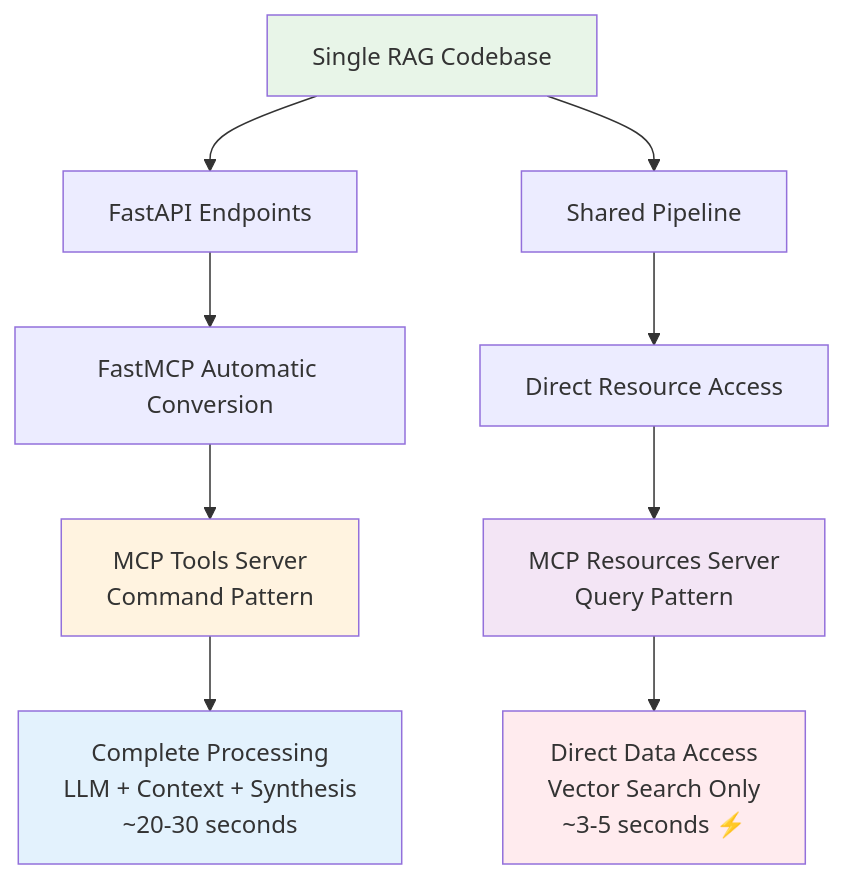
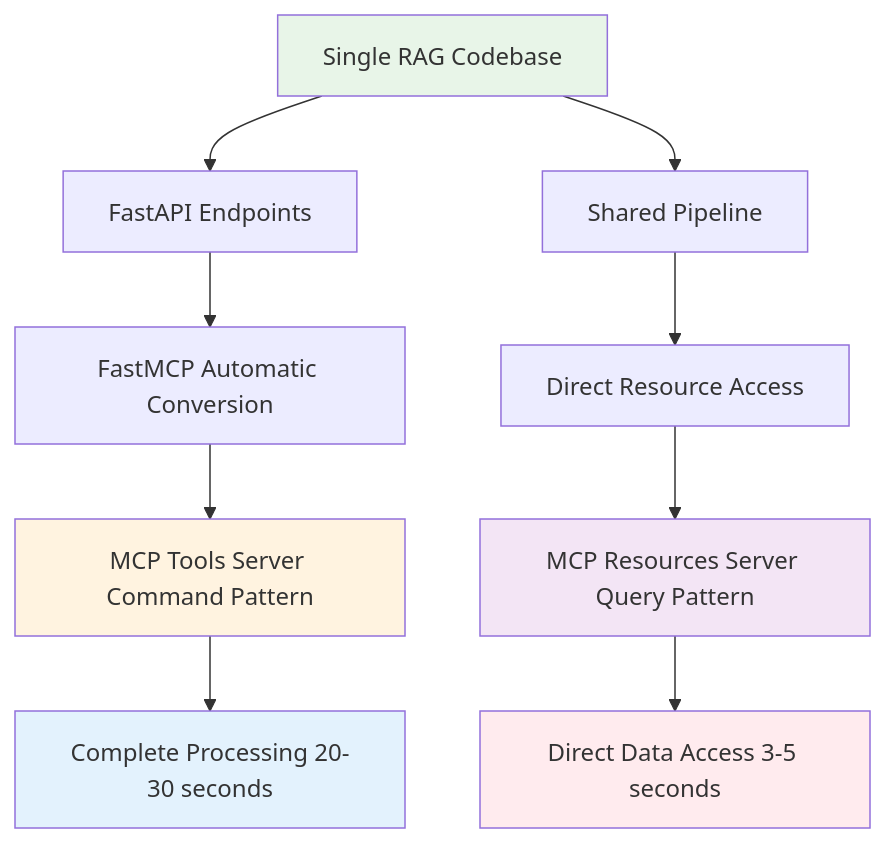
One commit to donbr/adv-rag changed the third of 7 diagrams in README.md. Above: the diagram before and after it, drawn with Mermaid. The commit also changed other lines of this file, not shown here.

Commit message:
diagram fixes

````diff
--- a/README.md
+++ b/README.md
@@ -120,20 +120,20 @@
 ```mermaid
 graph TB
     A[Single RAG Codebase] --> B[FastAPI Endpoints]
     A --> C[Shared Pipeline]
     
     B --> D[FastMCP Automatic Conversion]
     C --> E[Direct Resource Access]
     
-    D --> F[MCP Tools Server<br/>Command Pattern]
-    E --> G[MCP Resources Server<br/>Query Pattern]
+    D --> F[MCP Tools Server Command Pattern]
+    E --> G[MCP Resources Server Query Pattern]
     
-    F --> H[Complete Processing<br/>LLM + Context + Synthesis<br/>~20-30 seconds]
-    G --> I[Direct Data Access<br/>Vector Search Only<br/>~3-5 seconds ⚡]
+    F --> H[Complete Processing 20-30 seconds]
+    G --> I[Direct Data Access 3-5 seconds]
     
     style A fill:#e8f5e8
     style F fill:#fff3e0
     style G fill:#f3e5f5
     style H fill:#e3f2fd
     style I fill:#ffebee
 ```
````
